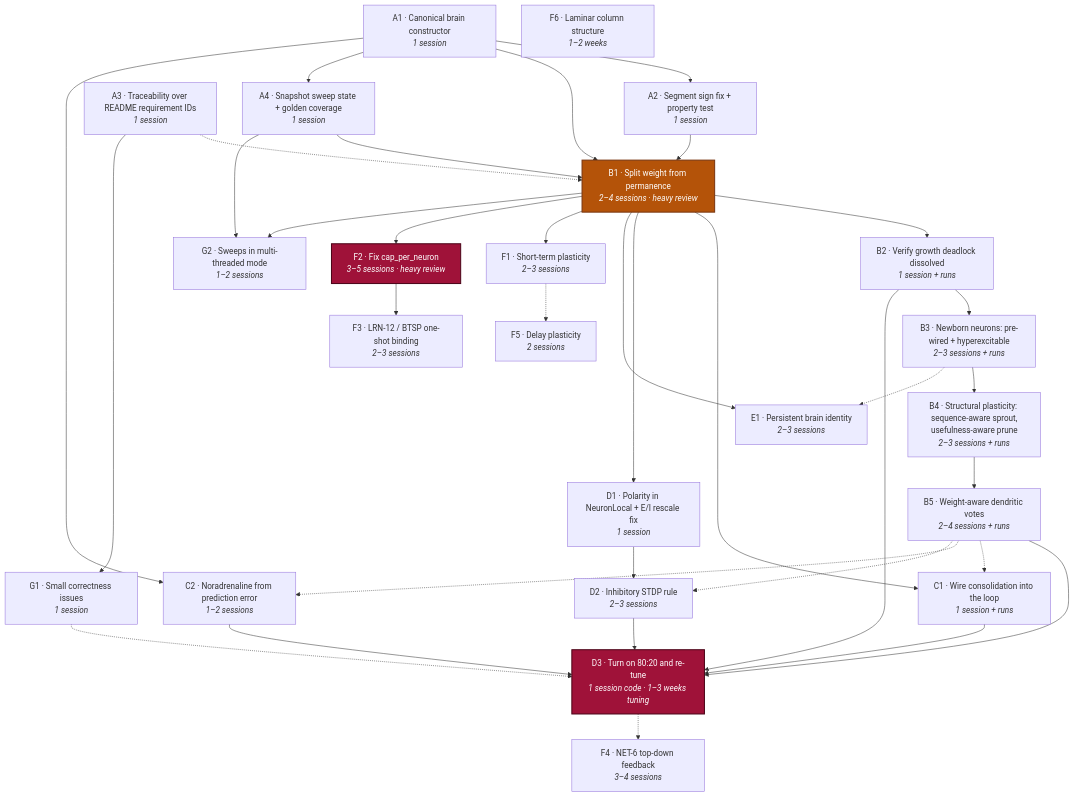
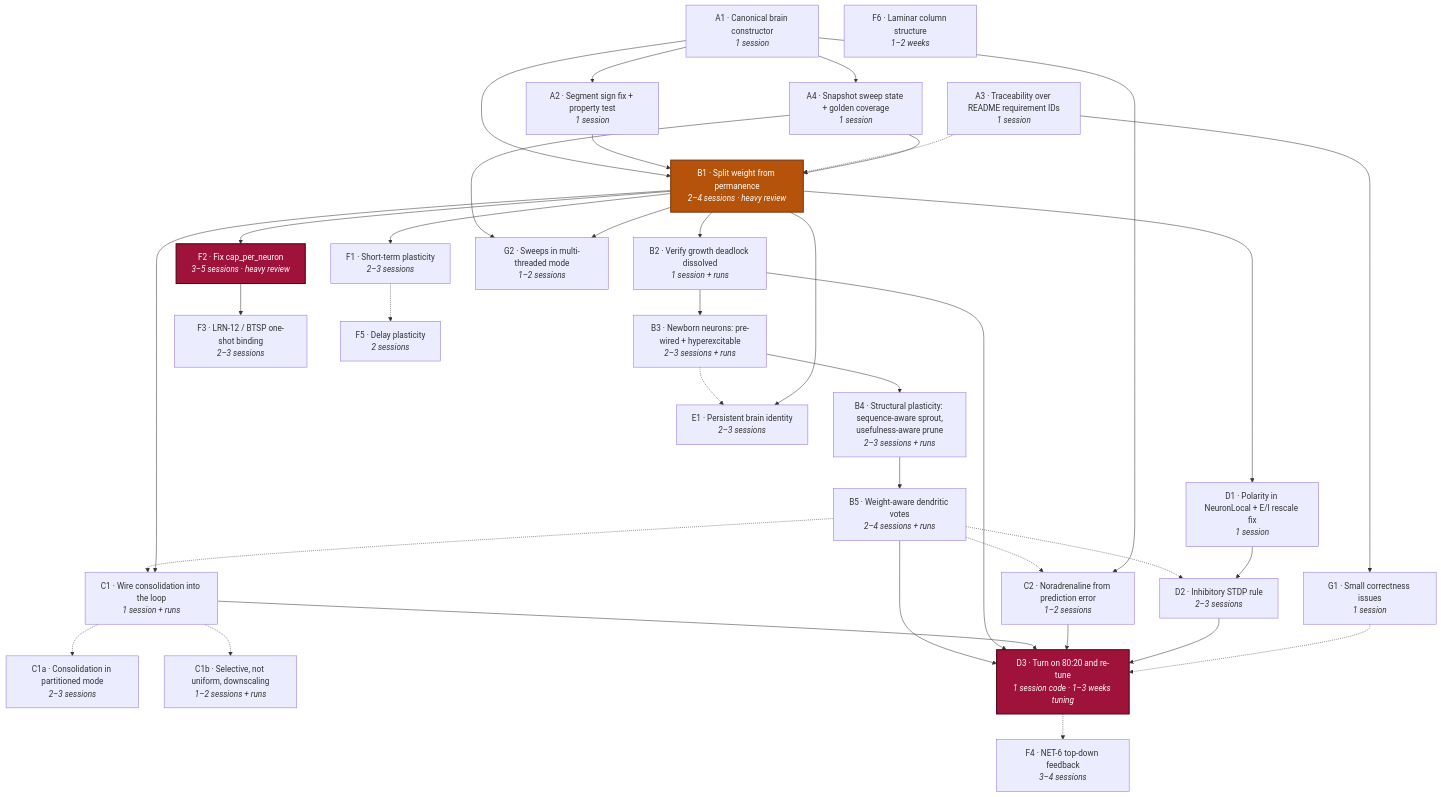
The diagram in PLAN.md (Bituhh/brain), drawn with Mermaid before and after one commit. The commit also changed other lines of this file and 14 other files, not shown here.

````diff
--- a/PLAN.md
+++ b/PLAN.md
@@ -49,71 +49,75 @@
 ```mermaid
 graph TD
     A1["A1 · Canonical brain constructor<br/><i>1 session</i>"]
     A2["A2 · Segment sign fix + property test<br/><i>1 session</i>"]
     A3["A3 · Traceability over README requirement IDs<br/><i>1 session</i>"]
     A4["A4 · Snapshot sweep state + golden coverage<br/><i>1 session</i>"]
 
     B1["B1 · Split weight from permanence<br/><i>2–4 sessions · heavy review</i>"]
     B2["B2 · Verify growth deadlock dissolved<br/><i>1 session + runs</i>"]
     B3["B3 · Newborn neurons: pre-wired + hyperexcitable<br/><i>2–3 sessions + runs</i>"]
     B4["B4 · Structural plasticity: sequence-aware sprout,<br/>usefulness-aware prune<br/><i>2–3 sessions + runs</i>"]
     B5["B5 · Weight-aware dendritic votes<br/><i>2–4 sessions + runs</i>"]
 
     C1["C1 · Wire consolidation into the loop<br/><i>1 session + runs</i>"]
+    C1a["C1a · Consolidation in partitioned mode<br/><i>2–3 sessions</i>"]
+    C1b["C1b · Selective, not uniform, downscaling<br/><i>1–2 sessions + runs</i>"]
     C2["C2 · Noradrenaline from prediction error<br/><i>1–2 sessions</i>"]
 
     D1["D1 · Polarity in NeuronLocal + E/I rescale fix<br/><i>1 session</i>"]
     D2["D2 · Inhibitory STDP rule<br/><i>2–3 sessions</i>"]
     D3["D3 · Turn on 80:20 and re-tune<br/><i>1 session code · 1–3 weeks tuning</i>"]
 
     E1["E1 · Persistent brain identity<br/><i>2–3 sessions</i>"]
 
     F1["F1 · Short-term plasticity<br/><i>2–3 sessions</i>"]
     F2["F2 · Fix cap_per_neuron<br/><i>3–5 sessions · heavy review</i>"]
     F3["F3 · LRN-12 / BTSP one-shot binding<br/><i>2–3 sessions</i>"]
     F4["F4 · NET-6 top-down feedback<br/><i>3–4 sessions</i>"]
     F5["F5 · Delay plasticity<br/><i>2 sessions</i>"]
     F6["F6 · Laminar column structure<br/><i>1–2 weeks</i>"]
 
     G1["G1 · Small correctness issues<br/><i>1 session</i>"]
     G2["G2 · Sweeps in multi-threaded mode<br/><i>1–2 sessions</i>"]
 
     A1 --> A2
     A1 --> B1
     A2 --> B1
     A3 -.-> B1
     A1 --> A4
     A4 --> B1
     B1 --> B2
     B2 --> B3
     B3 --> B4
     B4 --> B5
     B5 --> D3
     B5 -.-> C1
     B5 -.-> C2
     B5 -.-> D2
     B3 -.-> E1
     B1 --> C1
     B1 --> D1
     B1 --> E1
     B1 --> F1
     B2 --> D3
     C1 --> D3
+    C1 -.-> C1a
+    C1 -.-> C1b
     C2 --> D3
     A1 --> C2
     D1 --> D2
     D2 --> D3
     F2 --> F3
     B1 --> F2
     D3 -.-> F4
     F1 -.-> F5
     A3 --> G1
     G1 -.-> D3
     A4 --> G2
     B1 --> G2
 
     classDef gate fill:#b45309,stroke:#78350f,color:#fff,stroke-width:2px
     classDef risk fill:#9f1239,stroke:#4c0519,color:#fff,stroke-width:2px
     class B1 gate
     class D3,F2 risk
 ```
````
